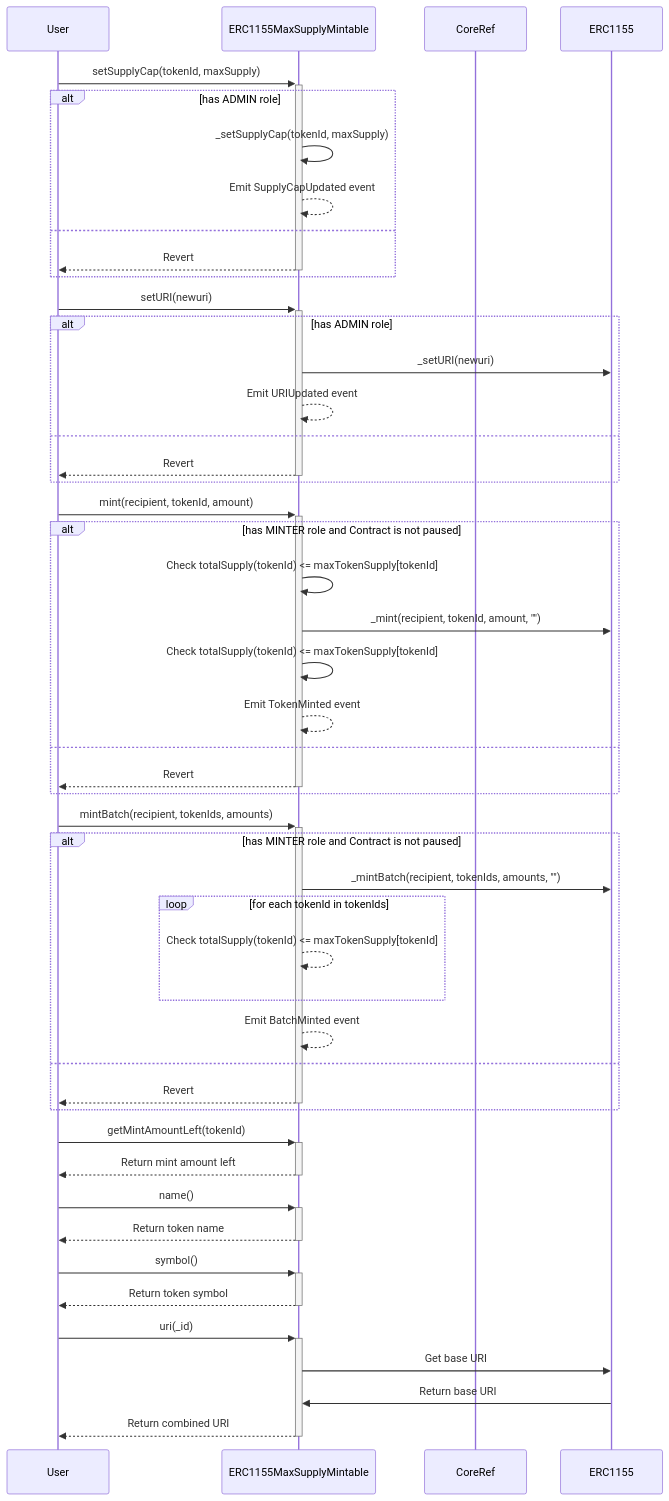
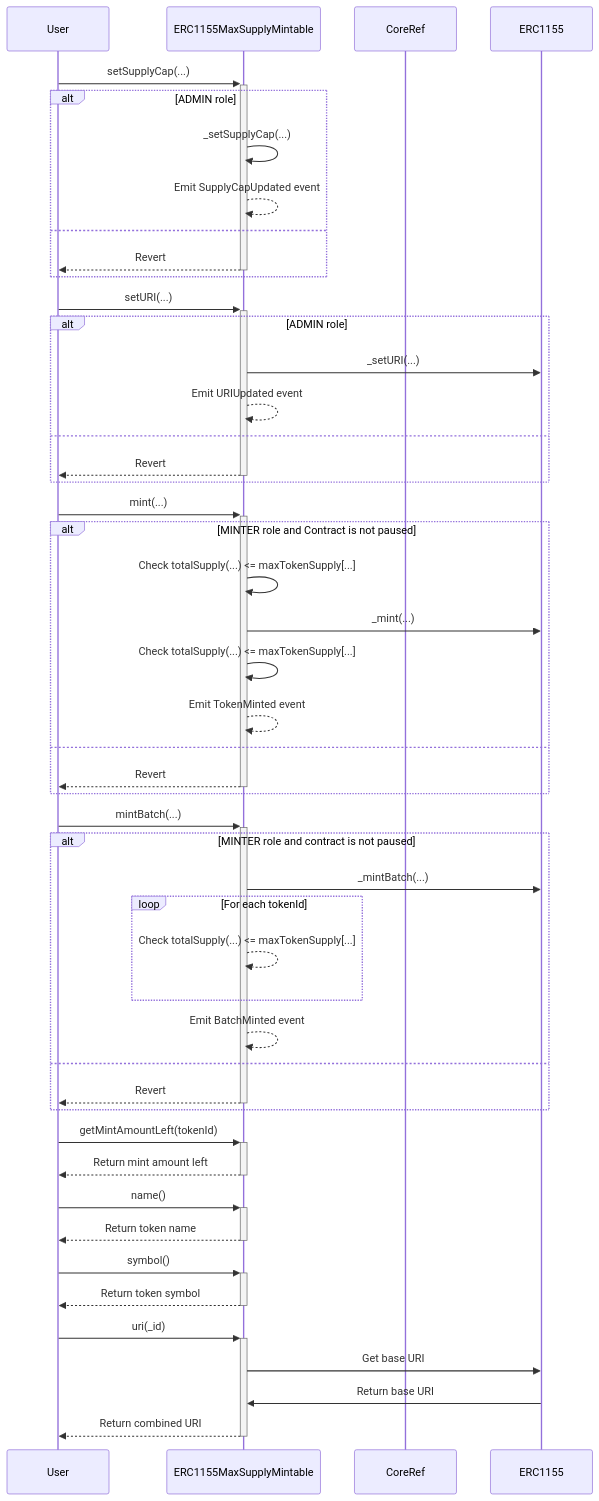
Before and after one commit to ZTX-Foundation/tuxedo: the second of 2 diagrams in doc/contracts/nfts/ERC1155MaxSupplyMintable.md, drawn with Mermaid. The commit also changed 17 other files, not shown here.

````diff
--- a/doc/contracts/nfts/ERC1155MaxSupplyMintable.md
+++ b/doc/contracts/nfts/ERC1155MaxSupplyMintable.md
@@ -22,58 +22,58 @@
 ```mermaid
 sequenceDiagram
     participant User as User
     participant ERC1155MaxSupplyMintable
     participant Core as CoreRef
     participant ERC1155
 
-    User->>+ERC1155MaxSupplyMintable: setSupplyCap(tokenId, maxSupply)
-    alt has ADMIN role
-        ERC1155MaxSupplyMintable->>ERC1155MaxSupplyMintable: _setSupplyCap(tokenId, maxSupply)
+    User->>+ERC1155MaxSupplyMintable: setSupplyCap(...)
+    alt ADMIN role
+        ERC1155MaxSupplyMintable->>ERC1155MaxSupplyMintable: _setSupplyCap(...)
         ERC1155MaxSupplyMintable-->>ERC1155MaxSupplyMintable: Emit SupplyCapUpdated event
     else
         ERC1155MaxSupplyMintable-->>-User: Revert
     end
 
-    User->>+ERC1155MaxSupplyMintable: setURI(newuri)
-    alt has ADMIN role
-        ERC1155MaxSupplyMintable->>ERC1155: _setURI(newuri)
+    User->>+ERC1155MaxSupplyMintable: setURI(...)
+    alt ADMIN role
+        ERC1155MaxSupplyMintable->>ERC1155: _setURI(...)
         ERC1155MaxSupplyMintable-->>ERC1155MaxSupplyMintable: Emit URIUpdated event
     else
         ERC1155MaxSupplyMintable-->>-User: Revert
     end
 
-    User->>+ERC1155MaxSupplyMintable: mint(recipient, tokenId, amount)
-    alt has MINTER role and Contract is not paused
-        ERC1155MaxSupplyMintable->>ERC1155MaxSupplyMintable: Check totalSupply(tokenId) <= maxTokenSupply[tokenId]
-        ERC1155MaxSupplyMintable->>ERC1155: _mint(recipient, tokenId, amount, "")
-        ERC1155MaxSupplyMintable->>ERC1155MaxSupplyMintable: Check totalSupply(tokenId) <= maxTokenSupply[tokenId]
+    User->>+ERC1155MaxSupplyMintable: mint(...)
+    alt MINTER role and Contract is not paused
+        ERC1155MaxSupplyMintable->>ERC1155MaxSupplyMintable: Check totalSupply(...) <= maxTokenSupply[...]
+        ERC1155MaxSupplyMintable->>ERC1155: _mint(...)
+        ERC1155MaxSupplyMintable->>ERC1155MaxSupplyMintable: Check totalSupply(...) <= maxTokenSupply[...]
         ERC1155MaxSupplyMintable-->>ERC1155MaxSupplyMintable: Emit TokenMinted event
     else
         ERC1155MaxSupplyMintable-->>-User: Revert
     end
 
-    User->>+ERC1155MaxSupplyMintable: mintBatch(recipient, tokenIds, amounts)
-    alt has MINTER role and Contract is not paused
-        ERC1155MaxSupplyMintable->>ERC1155: _mintBatch(recipient, tokenIds, amounts, "")
-        loop for each tokenId in tokenIds
-            ERC1155MaxSupplyMintable-->>ERC1155MaxSupplyMintable: Check totalSupply(tokenId) <= maxTokenSupply[tokenId]
+    User->>+ERC1155MaxSupplyMintable: mintBatch(...)
+    alt MINTER role and contract is not paused
+        ERC1155MaxSupplyMintable->>ERC1155: _mintBatch(...)
+        loop For each tokenId
+            ERC1155MaxSupplyMintable-->>ERC1155MaxSupplyMintable: Check totalSupply(...) <= maxTokenSupply[...]
         end
         ERC1155MaxSupplyMintable-->>ERC1155MaxSupplyMintable: Emit BatchMinted event
     else
         ERC1155MaxSupplyMintable-->>-User: Revert
     end
 
     User->>+ERC1155MaxSupplyMintable: getMintAmountLeft(tokenId)
     ERC1155MaxSupplyMintable-->>-User: Return mint amount left
 
     User->>+ERC1155MaxSupplyMintable: name()
     ERC1155MaxSupplyMintable-->>-User: Return token name
 
     User->>+ERC1155MaxSupplyMintable: symbol()
     ERC1155MaxSupplyMintable-->>-User: Return token symbol
 
     User->>+ERC1155MaxSupplyMintable: uri(_id)
     ERC1155MaxSupplyMintable->>ERC1155: Get base URI
     ERC1155->>ERC1155MaxSupplyMintable: Return base URI
     ERC1155MaxSupplyMintable-->>-User: Return combined URI
 ```
````
